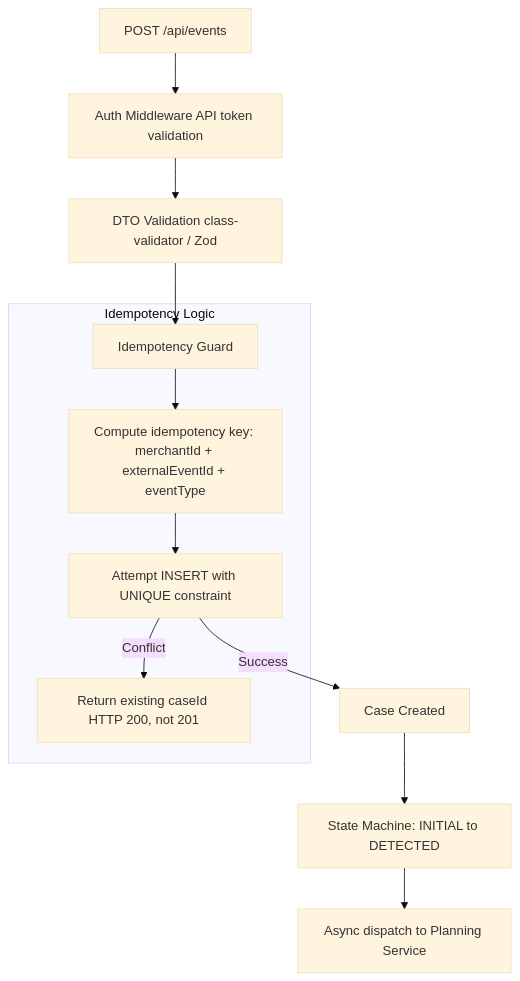
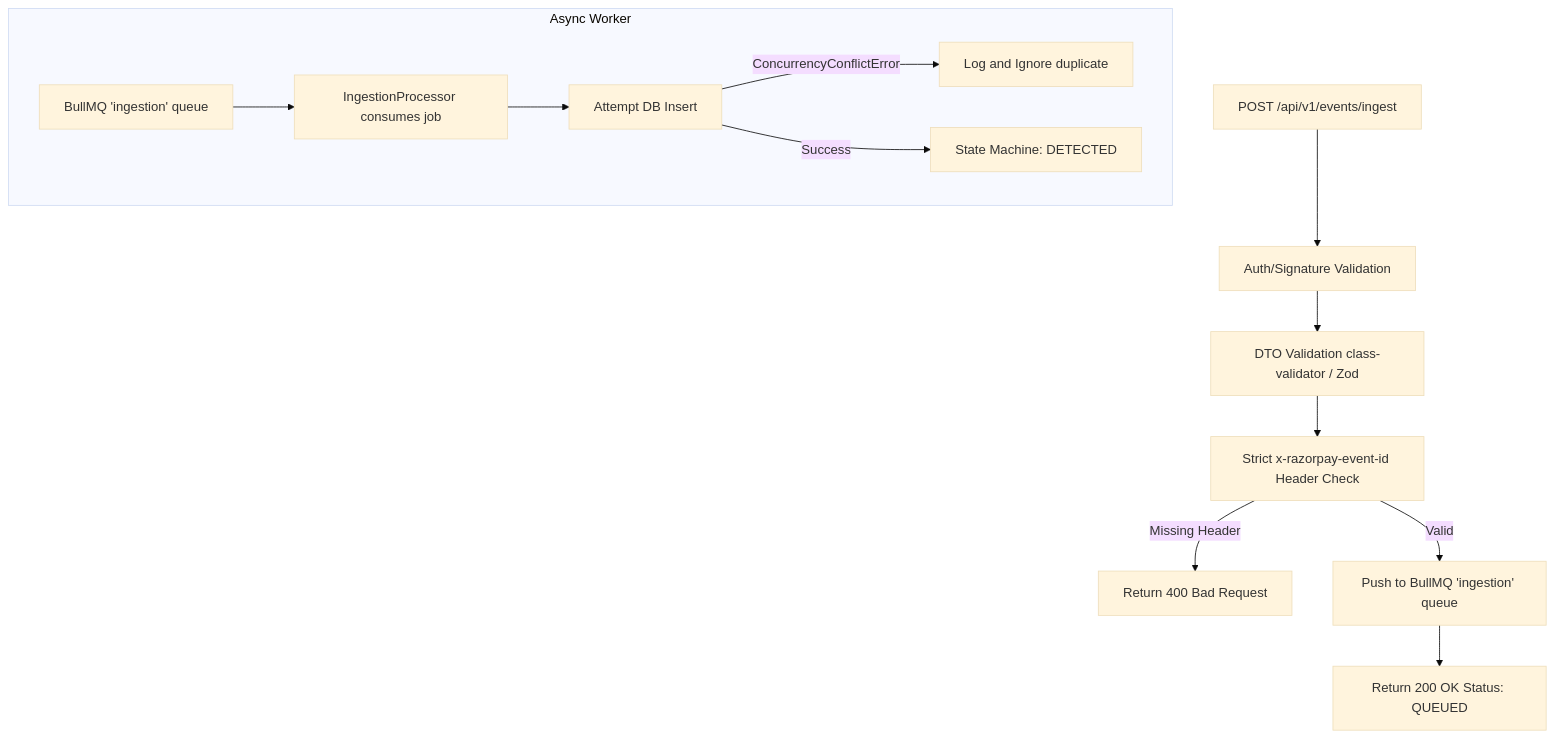
One commit to Surya-5555/FinTech-AI-05 changed the diagram in docs/features/INGESTION.md. Above: the diagram before and after it, drawn with Mermaid (base theme). The commit also changed other lines of this file, not shown here.

Commit message:
docs: add architectural documentation for webhook ingestion and idempotency design

````diff
--- a/docs/features/INGESTION.md
+++ b/docs/features/INGESTION.md
@@ -15,16 +15,16 @@
 ```mermaid
 flowchart TD
-    Req[POST /api/events] --> Auth[Auth Middleware API token validation]
+    Req[POST /api/v1/events/ingest] --> Auth[Auth/Signature Validation]
     Auth --> DTO[DTO Validation class-validator / Zod]
-    DTO --> Guard[Idempotency Guard]
+    DTO --> Guard[Strict x-razorpay-event-id Header Check]
+    Guard -- Missing Header --> Reject[Return 400 Bad Request]
+    Guard -- Valid --> Queue[Push to BullMQ 'ingestion' queue]
+    Queue --> Response[Return 200 OK Status: QUEUED]
     
-    subgraph Idempotency Logic
-        Guard --> Compute[Compute idempotency key: merchantId + externalEventId + eventType]
-        Compute --> Insert[Attempt INSERT with UNIQUE constraint]
-        Insert -- Conflict --> Return[Return existing caseId HTTP 200, not 201]
+    subgraph Async Worker
+        BullMQ[BullMQ 'ingestion' queue] --> Process[IngestionProcessor consumes job]
+        Process --> DB[Attempt DB Insert]
+        DB -- ConcurrencyConflictError --> Ignore[Log and Ignore duplicate]
+        DB -- Success --> State[State Machine: DETECTED]
     end
-    
-    Insert -- Success --> Create[Case Created]
-    Create --> State[State Machine: INITIAL to DETECTED]
-    State --> Dispatch[Async dispatch to Planning Service]
 ```
````
